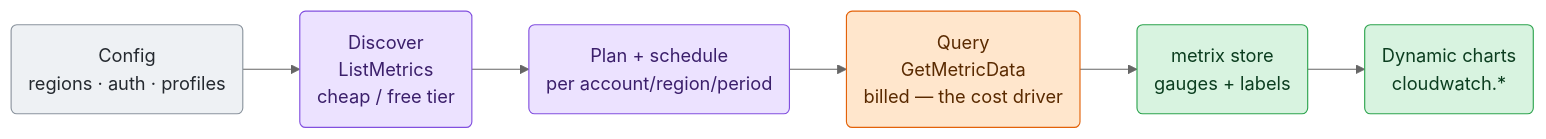
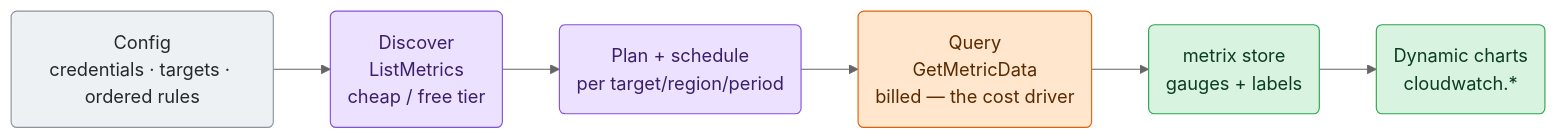
The first of 3 diagrams in src/go/plugin/go.d/collector/cloudwatch/ARCHITECTURE.md (netdata/netdata), drawn with Mermaid (neutral theme) before and after one commit. The commit also changed other lines of this file and 46 other files, not shown here.

Commit message:
feat(cloudwatch): add explicit targets and collection rules

````diff
--- a/src/go/plugin/go.d/collector/cloudwatch/ARCHITECTURE.md
+++ b/src/go/plugin/go.d/collector/cloudwatch/ARCHITECTURE.md
@@ -34,21 +36,21 @@
 ```mermaid
 flowchart LR
-    cfg("Config<br/>regions · auth · profiles")
+    cfg("Config<br/>credentials · targets · ordered rules")
     disc("Discover<br/>ListMetrics<br/>cheap / free tier")
-    plan("Plan + schedule<br/>per account/region/period")
+    plan("Plan + schedule<br/>per target/region/period")
     query("Query<br/>GetMetricData<br/>billed — the cost driver")
     store("metrix store<br/>gauges + labels")
     charts("Dynamic charts<br/>cloudwatch.*")
 
     cfg --> disc --> plan --> query --> store --> charts
 
     classDef input fill:#eef1f4,stroke:#8b949e,color:#24292f;
     classDef sched fill:#ece2ff,stroke:#8250df,color:#3b1f6b;
     classDef effect fill:#ffe6cc,stroke:#e36209,color:#5a2a00;
     classDef commit fill:#d8f3e0,stroke:#2da44e,color:#0b3d1f;
 
     class cfg input
     class disc,plan sched
     class query effect
     class store,charts commit
 ```
````
